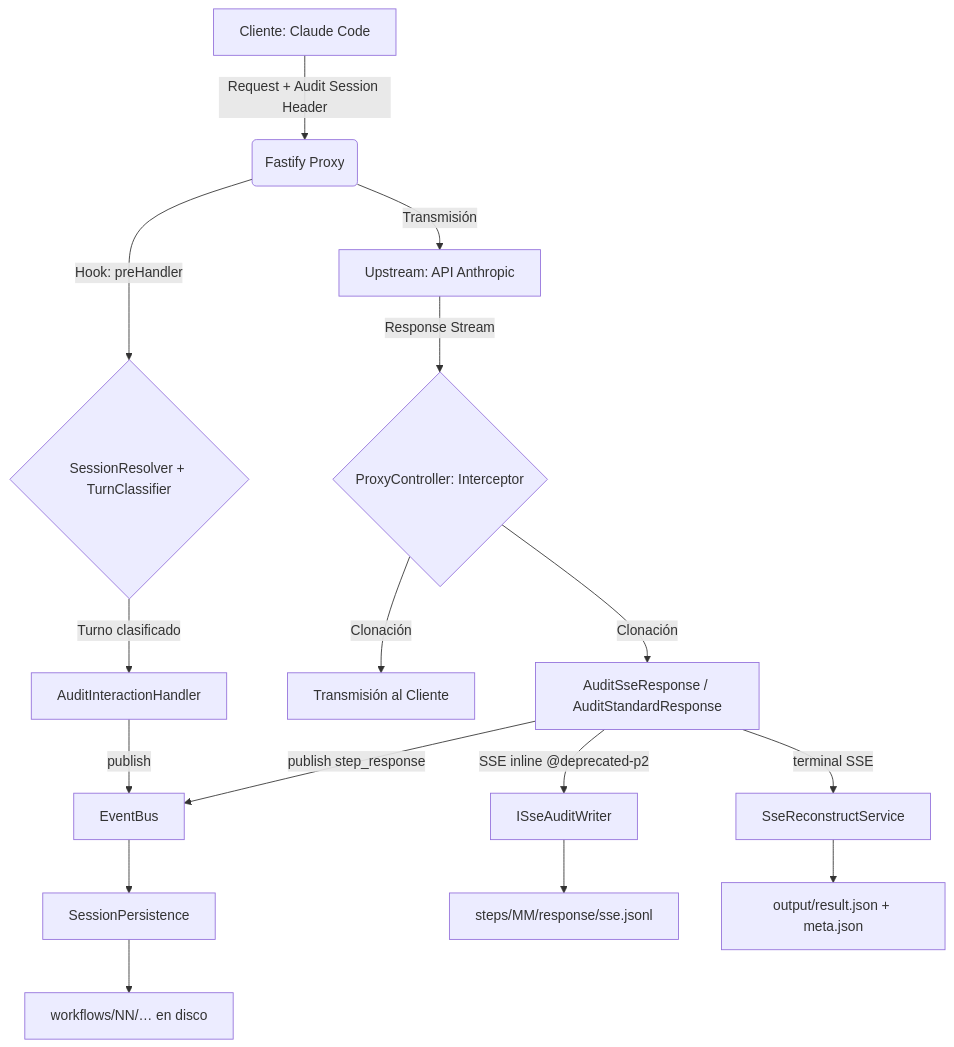
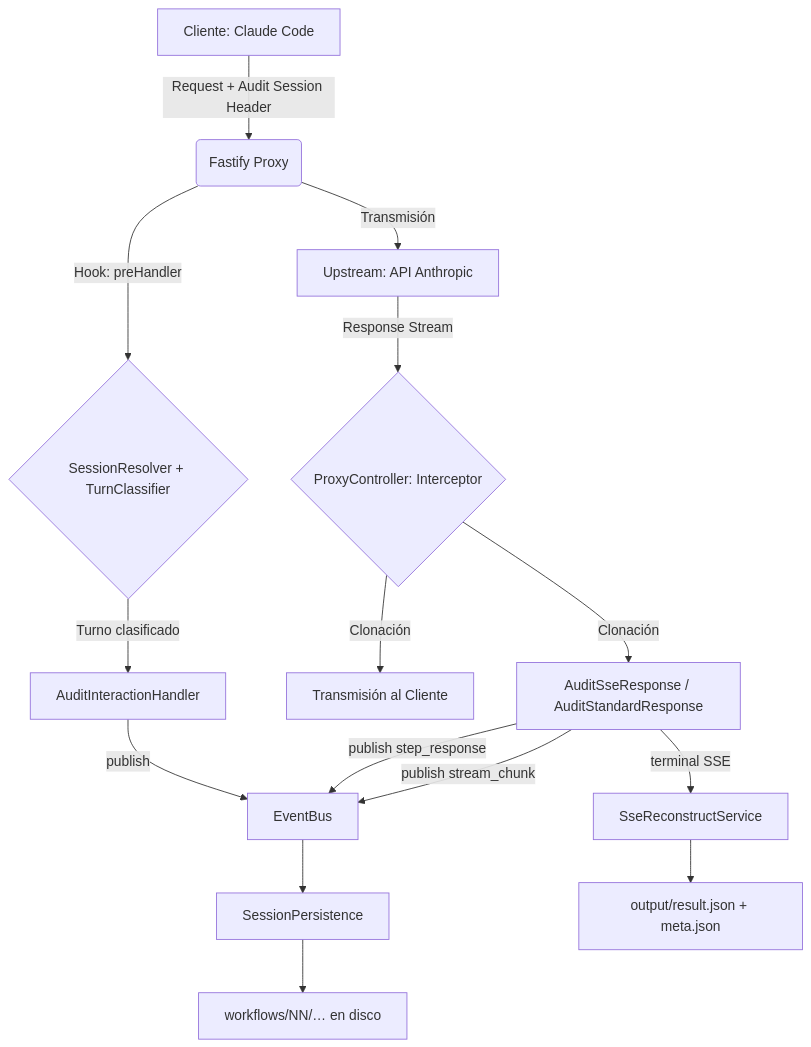
Before and after one commit to CristianRojas-SoftwareEngineer/EvolutiveX-Agent-Orchestrator: the diagram in README.md, drawn with Mermaid. The commit also changed other lines of this file and 17 other files, not shown here.

````diff
--- a/README.md
+++ b/README.md
@@ -48,18 +48,17 @@
 ```mermaid
 graph TD
     A[Cliente: Claude Code] -->|Request + Audit Session Header| B(Fastify Proxy)
     B -->|Hook: preHandler| C{SessionResolver + TurnClassifier}
     C -->|Turno clasificado| D[AuditInteractionHandler]
     D -->|publish| EB[EventBus]
     EB --> SP[SessionPersistence]
     SP --> W["workflows/NN/… en disco"]
     B -->|Transmisión| F[Upstream: API Anthropic]
     F -->|Response Stream| G{ProxyController: Interceptor}
     G -->|Clonación| H[Transmisión al Cliente]
     G -->|Clonación| I[AuditSseResponse / AuditStandardResponse]
     I -->|publish step_response| EB
-    I -->|SSE inline @deprecated-p2| SSEW[ISseAuditWriter]
-    SSEW --> J["steps/MM/response/sse.jsonl"]
+    I -->|publish stream_chunk| EB
     I -->|terminal SSE| K[SseReconstructService]
     K --> L["output/result.json + meta.json"]
 ```
````
